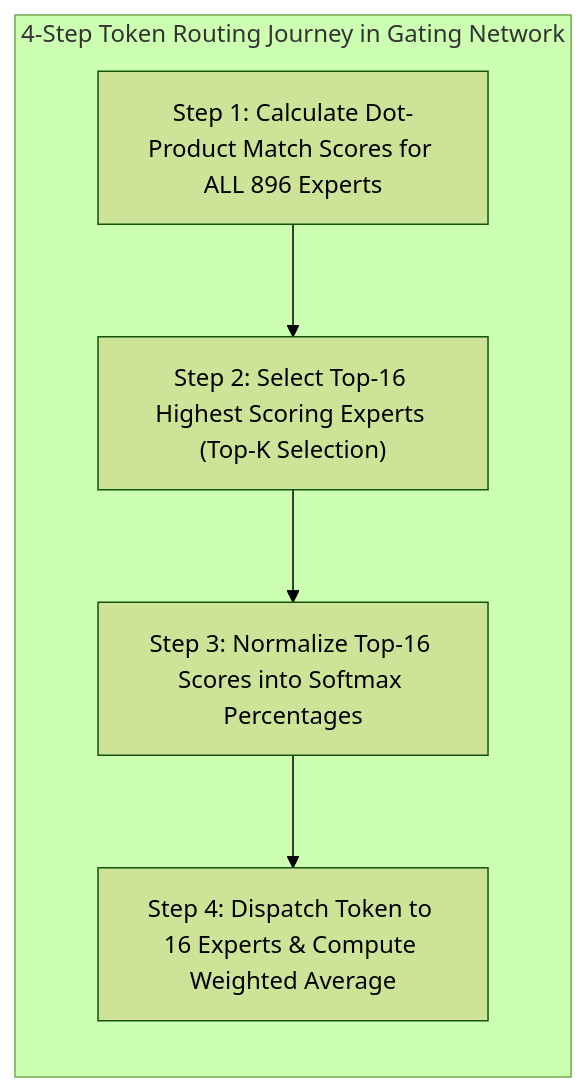
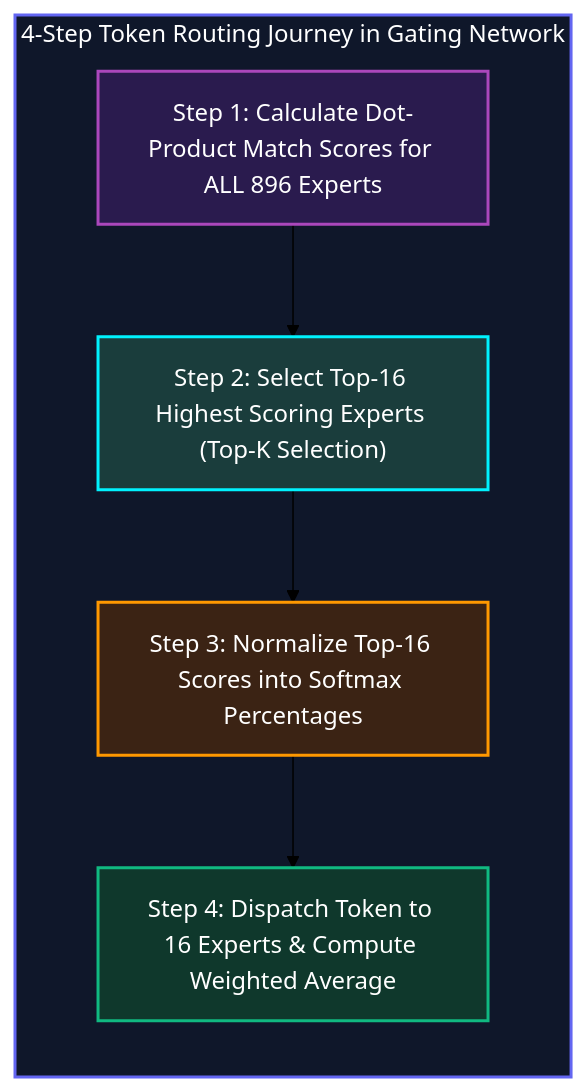
One commit to narenandu/narenvadapalli_dot_com changed the third of 3 diagrams in contents/blog/0067-understanding-mixture-of-experts-moe/index.md. Above: the diagram before and after it, drawn with Mermaid (forest theme). The commit also changed other lines of this file, not shown here.

Commit message:
style: add rich dark-mode fill colors to Mermaid diagrams and collapse Python script in MoE post

````diff
--- a/contents/blog/0067-understanding-mixture-of-experts-moe/index.md
+++ b/contents/blog/0067-understanding-mixture-of-experts-moe/index.md
@@ -94,9 +103,15 @@
 ```mermaid
 flowchart TD
     subgraph TokenRoutingJourney["4-Step Token Routing Journey in Gating Network"]
         direction TB
         S1["Step 1: Calculate Dot-Product Match Scores for ALL 896 Experts"] --> S2["Step 2: Select Top-16 Highest Scoring Experts (Top-K Selection)"]
         S2 --> S3["Step 3: Normalize Top-16 Scores into Softmax Percentages"]
         S3 --> S4["Step 4: Dispatch Token to 16 Experts & Compute Weighted Average"]
     end
+
+    style TokenRoutingJourney fill:#0f172a,stroke:#6366f1,stroke-width:2px,color:#ffffff;
+    style S1 fill:#2a1b4e,stroke:#ab47bc,stroke-width:2px,color:#ffffff;
+    style S2 fill:#1a3d3c,stroke:#00f2fe,stroke-width:2px,color:#ffffff;
+    style S3 fill:#3b2314,stroke:#ff9800,stroke-width:2px,color:#ffffff;
+    style S4 fill:#0f382c,stroke:#10b981,stroke-width:2px,color:#ffffff;
 ```
````
